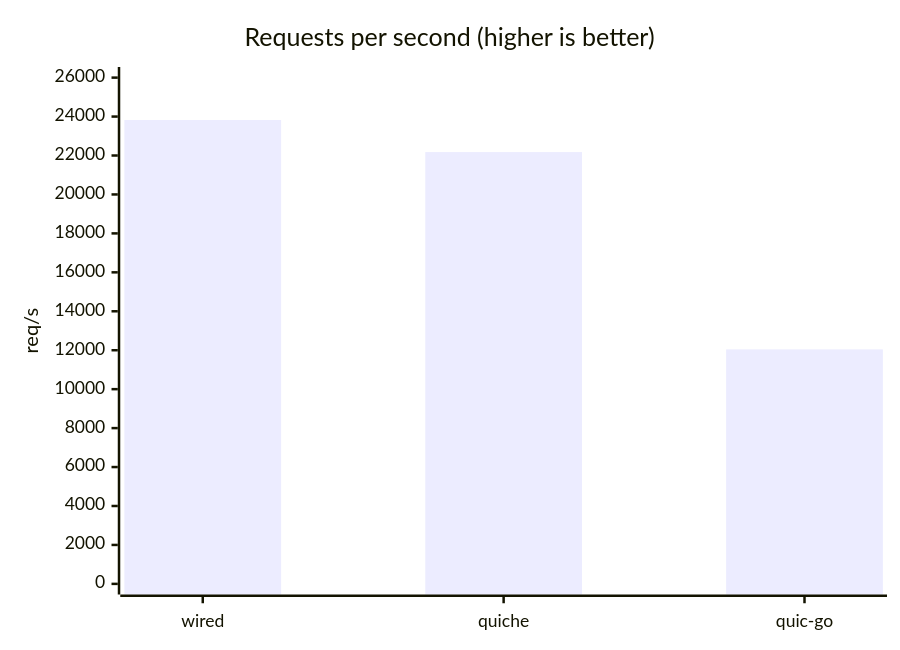
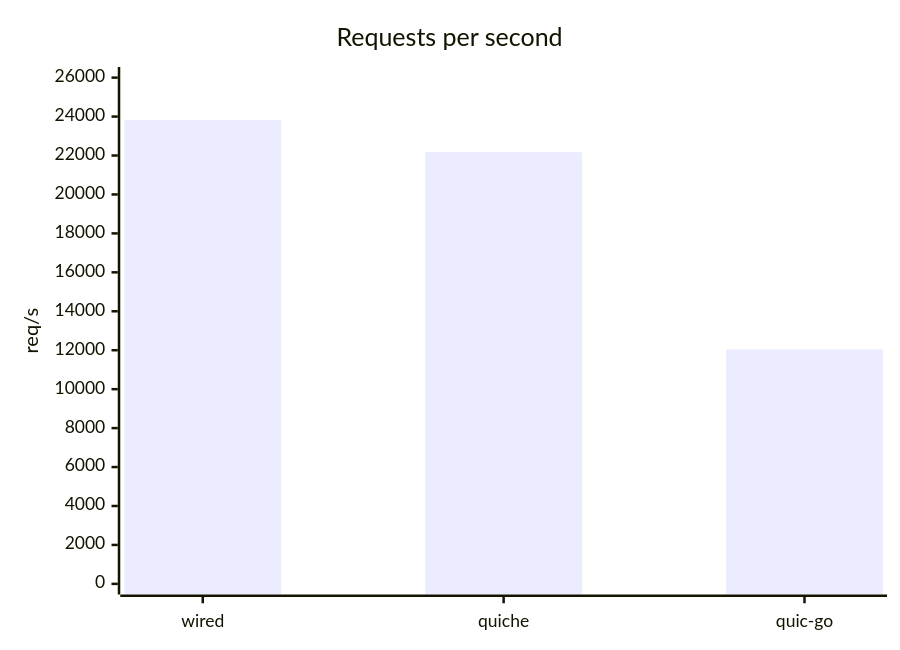
One commit to Hakkadaikon/wired changed the second of 3 diagrams in docs/performance/comparison.md. Above: the diagram before and after it, drawn with Mermaid. The commit also changed other lines of this file and 8 other files, not shown here.

````diff
--- a/docs/performance/comparison.md
+++ b/docs/performance/comparison.md
@@ -73,7 +107,7 @@
 ```mermaid
 xychart-beta
-    title "Requests per second (higher is better)"
+    title "Requests per second"
     x-axis ["wired", "quiche", "quic-go"]
     y-axis "req/s" 0 --> 26000
     bar [23825, 22175, 12042]
 ```
````
